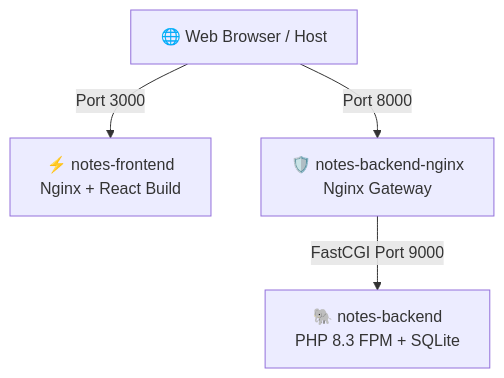
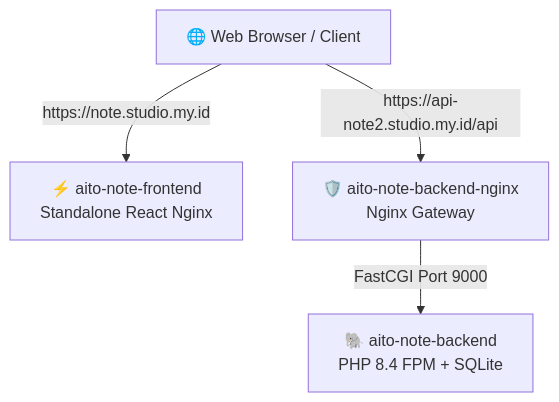
The diagram in DOCKER.md (nrahmatk/aito-note), drawn with Mermaid before and after one commit. The commit also changed other lines of this file and 1 other file, not shown here.

Commit message:
chore: decouple frontend and backend services for independent deployment

````diff
--- a/DOCKER.md
+++ b/DOCKER.md
@@ -11,6 +11,6 @@
 ```mermaid
 graph TD
-    Browser[🌐 Web Browser / Host] -->|Port 3000| FE[⚡ notes-frontend <br/> Nginx + React Build]
-    Browser -->|Port 8000| BE_Nginx[🛡️ notes-backend-nginx <br/> Nginx Gateway]
-    BE_Nginx -->|FastCGI Port 9000| BE[🐘 notes-backend <br/> PHP 8.3 FPM + SQLite]
+    Browser[🌐 Web Browser / Client] -->|https://note.studio.my.id| FE[⚡ aito-note-frontend <br/> Standalone React Nginx]
+    Browser -->|https://api-note2.studio.my.id/api| BE_Nginx[🛡️ aito-note-backend-nginx <br/> Nginx Gateway]
+    BE_Nginx -->|FastCGI Port 9000| BE[🐘 aito-note-backend <br/> PHP 8.4 FPM + SQLite]
 ```
````
